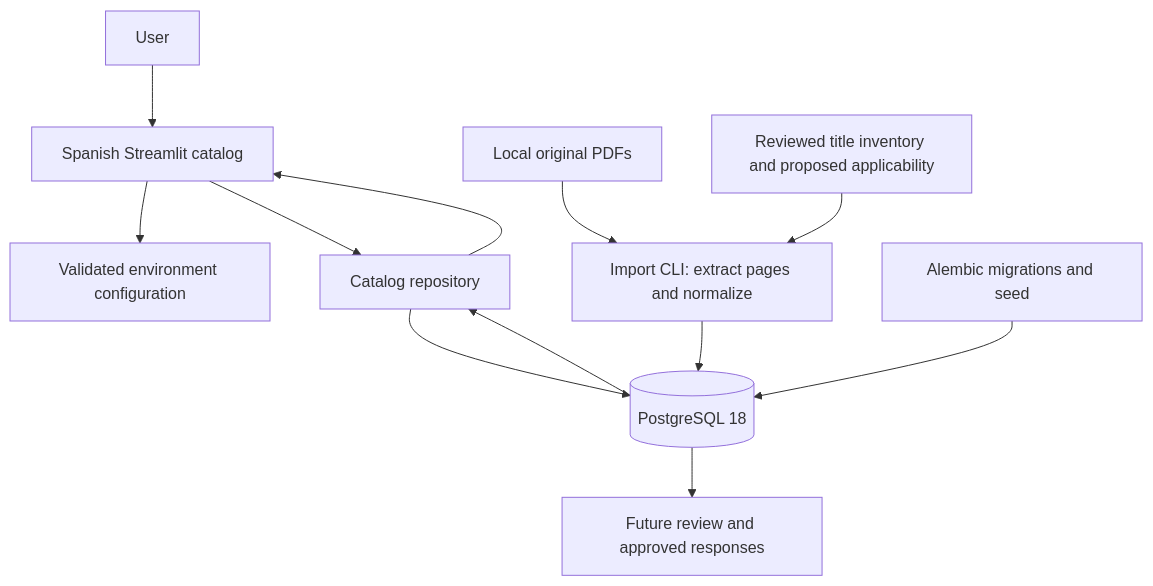
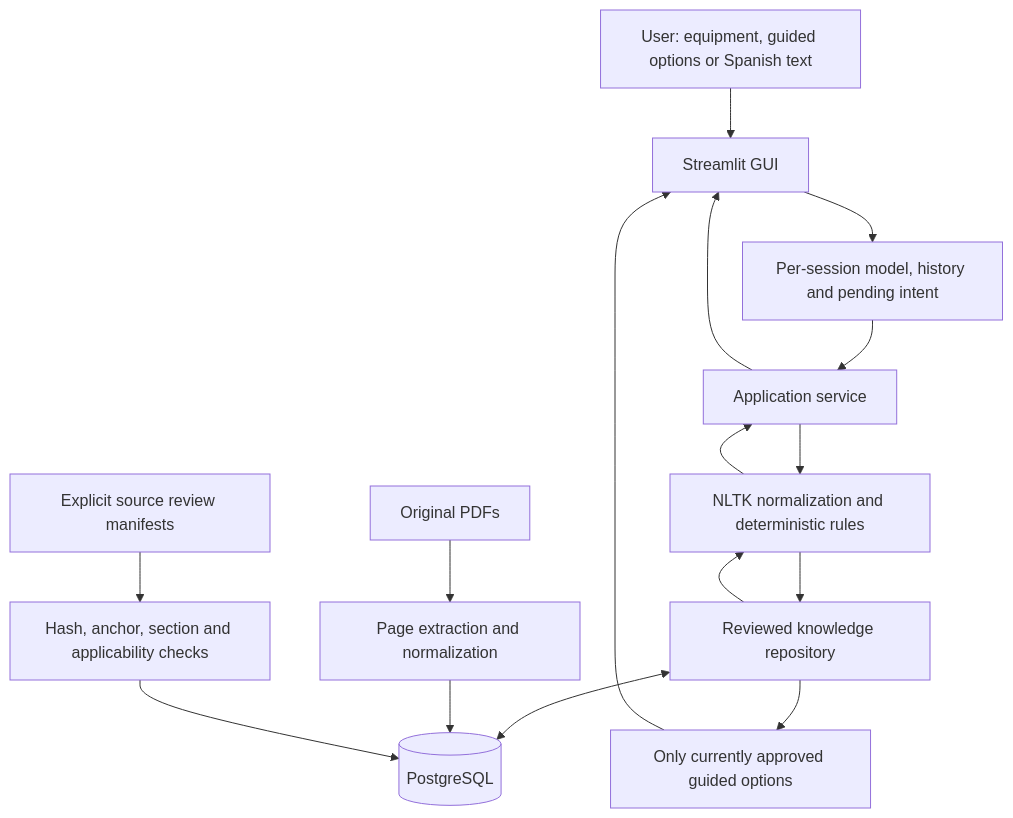
The first of 2 diagrams in NotaAcademica.md (Praxisinfinitum/TechnicalNexus), drawn with Mermaid before and after one commit. The commit also changed other lines of this file and 33 other files, not shown here.

Commit message:
Integrate Brother DCP-T220 and Canon C3935i with reviewed model-specific knowledge

````diff
--- a/NotaAcademica.md
+++ b/NotaAcademica.md
@@ -29,14 +45,18 @@
 ```mermaid
 flowchart TD
-    U[User] --> UI[Spanish Streamlit catalog]
-    UI --> CONFIG[Validated environment configuration]
-    UI --> REPO[Catalog repository]
-    REPO --> DB[(PostgreSQL 18)]
-    DB --> REPO
-    REPO --> UI
-    PDF[Local original PDFs] --> IMPORT[Import CLI: extract pages and normalize]
-    MANIFEST[Reviewed title inventory and proposed applicability] --> IMPORT
-    IMPORT --> DB
-    MIG[Alembic migrations and seed] --> DB
-    DB --> REVIEW[Future review and approved responses]
+    U[User: equipment, guided options or Spanish text] --> UI[Streamlit GUI]
+    UI --> C[Per-session model, history and pending intent]
+    C --> S[Application service]
+    S --> N[NLTK normalization and deterministic rules]
+    N --> K[Reviewed knowledge repository]
+    K <--> D[(PostgreSQL)]
+    K --> N
+    N --> S
+    S --> UI
+    K --> O[Only currently approved guided options]
+    O --> UI
+    P[Original PDFs] --> I[Page extraction and normalization]
+    I --> D
+    R[Explicit source review manifests] --> V[Hash, anchor, section and applicability checks]
+    V --> D
 ```
````
